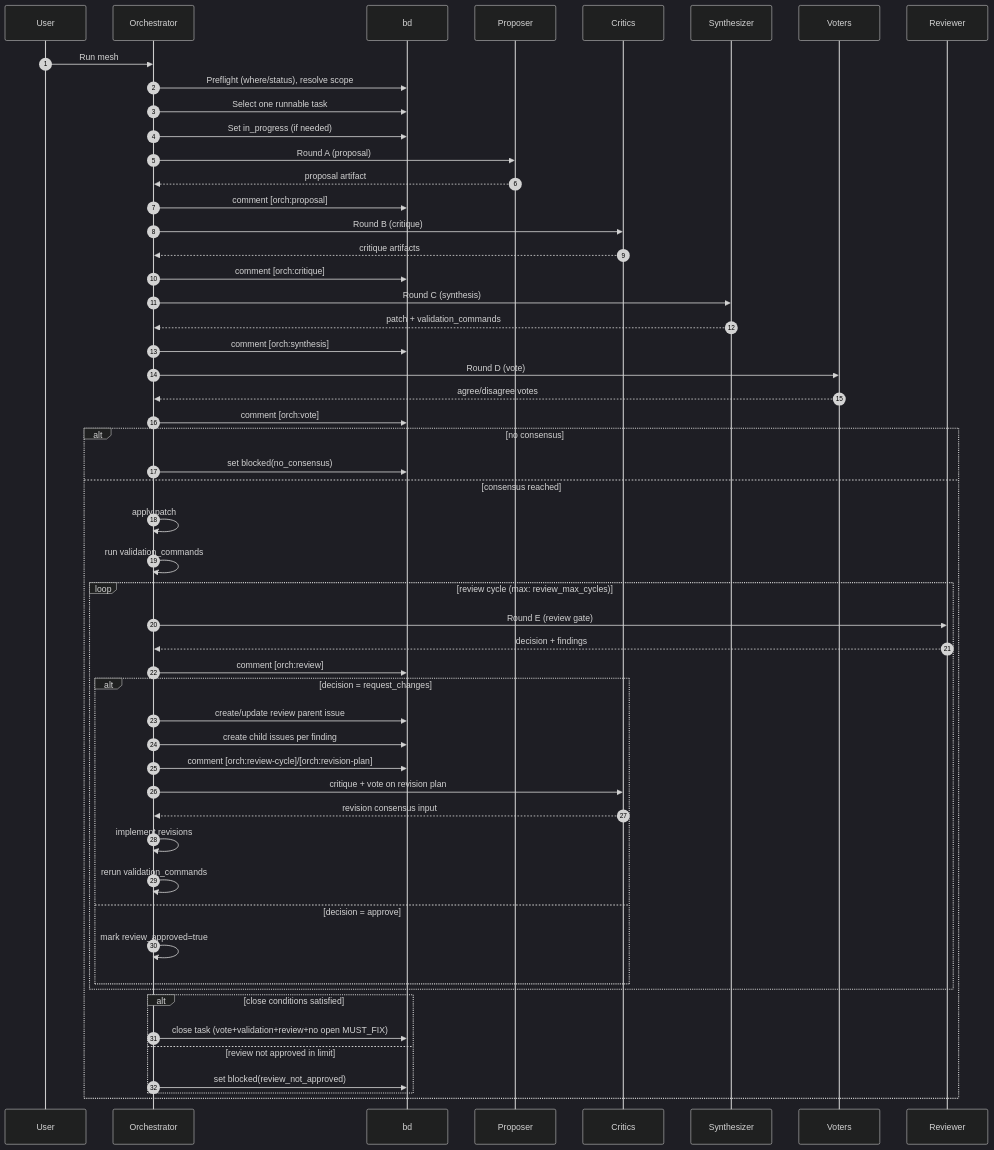
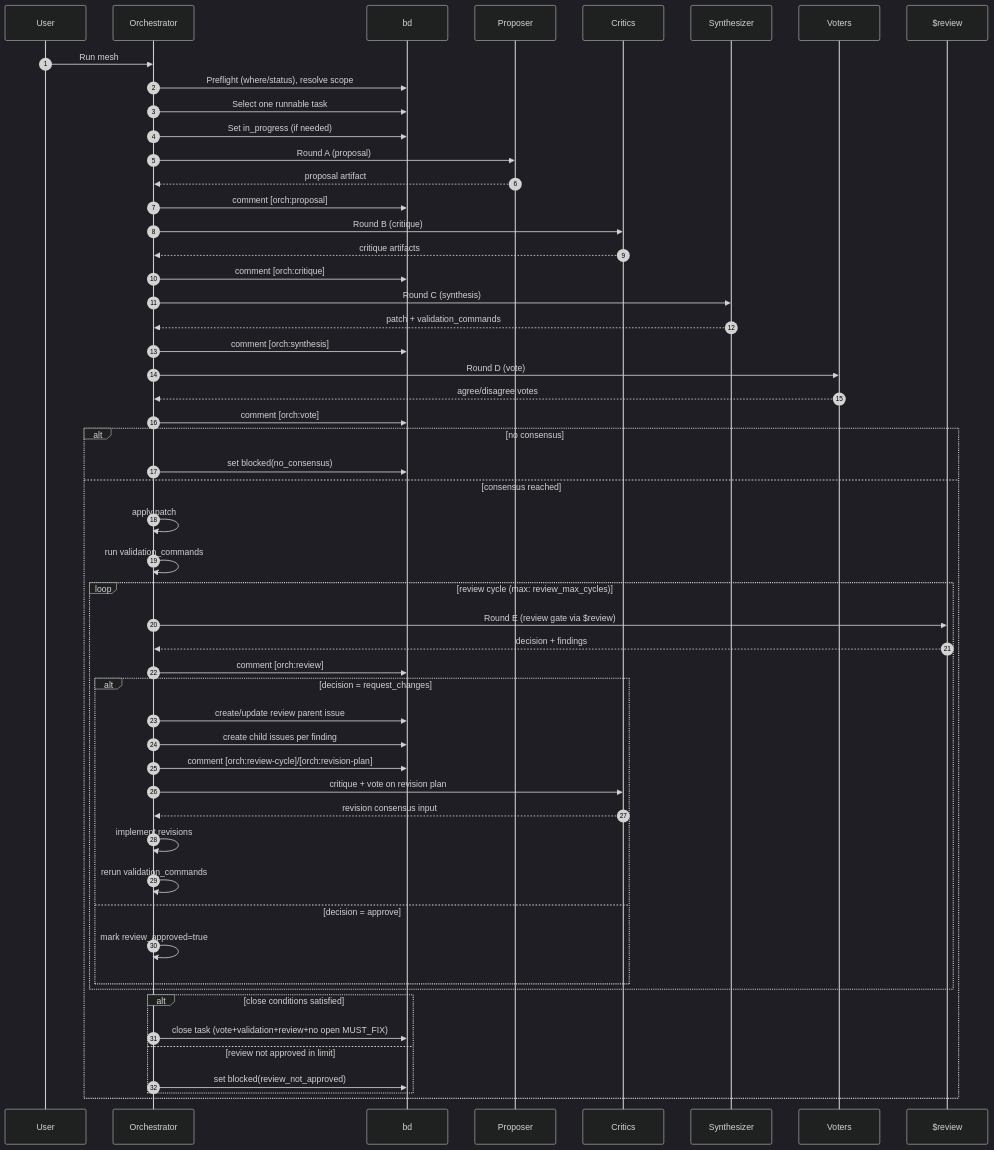
The diagram in codex/skills/mesh/SKILL.md (hrfmmr/dotfiles), drawn with Mermaid (dark theme) before and after one commit. The commit also changed other lines of this file and 2 other files, not shown here.

Commit message:
feat(skills): add review skill and wire mesh/join gates

````diff
--- a/codex/skills/mesh/SKILL.md
+++ b/codex/skills/mesh/SKILL.md
@@ -393,64 +401,64 @@
 ```mermaid
 sequenceDiagram
     autonumber
     participant U as User
     participant O as Orchestrator
     participant BD as bd
     participant P as Proposer
     participant C as Critics
     participant S as Synthesizer
     participant V as Voters
-    participant R as Reviewer
+    participant R as $review
 
     U->>O: Run mesh
     O->>BD: Preflight (where/status), resolve scope
     O->>BD: Select one runnable task
     O->>BD: Set in_progress (if needed)
 
     O->>P: Round A (proposal)
     P-->>O: proposal artifact
     O->>BD: comment [orch:proposal]
 
     O->>C: Round B (critique)
     C-->>O: critique artifacts
     O->>BD: comment [orch:critique]
 
     O->>S: Round C (synthesis)
     S-->>O: patch + validation_commands
     O->>BD: comment [orch:synthesis]
 
     O->>V: Round D (vote)
     V-->>O: agree/disagree votes
     O->>BD: comment [orch:vote]
 
     alt no consensus
         O->>BD: set blocked(no_consensus)
     else consensus reached
         O->>O: apply patch
         O->>O: run validation_commands
 
         loop review cycle (max: review_max_cycles)
-            O->>R: Round E (review gate)
+            O->>R: Round E (review gate via $review)
             R-->>O: decision + findings
             O->>BD: comment [orch:review]
 
             alt decision = request_changes
                 O->>BD: create/update review parent issue
                 O->>BD: create child issues per finding
                 O->>BD: comment [orch:review-cycle]/[orch:revision-plan]
                 O->>C: critique + vote on revision plan
                 C-->>O: revision consensus input
                 O->>O: implement revisions
                 O->>O: rerun validation_commands
             else decision = approve
                 O->>O: mark review_approved=true
             end
         end
 
         alt close conditions satisfied
             O->>BD: close task (vote+validation+review+no open MUST_FIX)
         else review not approved in limit
             O->>BD: set blocked(review_not_approved)
         end
     end
 ```
````
